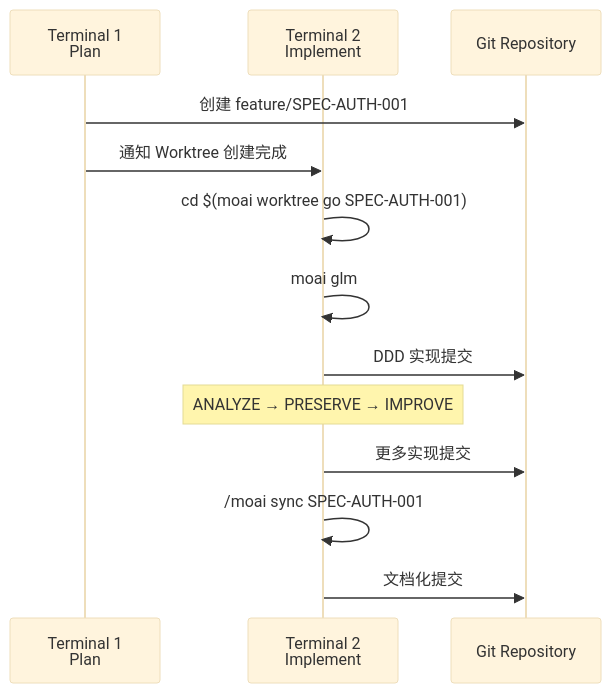
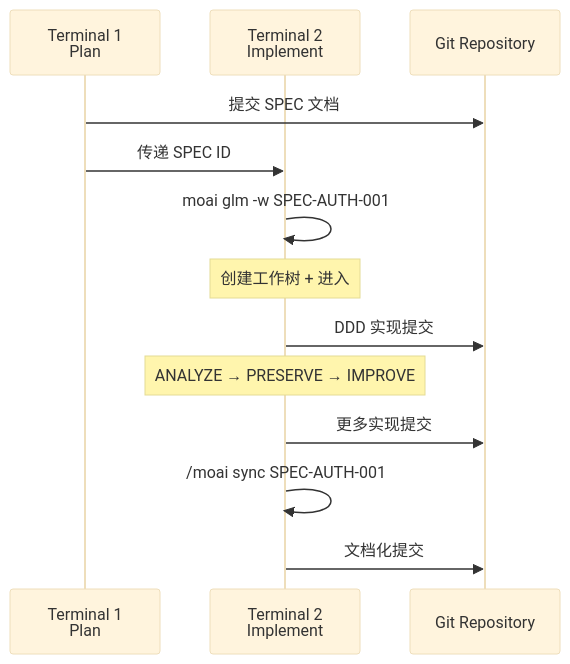
One commit to modu-ai/moai-adk changed the fifth of 9 diagrams in docs-site/content/zh/worktree/guide.md. Above: the diagram before and after it, drawn with Mermaid (base theme). The commit also changed other lines of this file and 35 other files, not shown here.

````diff
--- a/docs-site/content/zh/worktree/guide.md
+++ b/docs-site/content/zh/worktree/guide.md
@@ -491,18 +419,18 @@
 ```mermaid
 sequenceDiagram
     participant T1 as Terminal 1<br/>Plan
     participant T2 as Terminal 2<br/>Implement
     participant Git as Git Repository
 
-    T1->>Git: 创建 feature/SPEC-AUTH-001
-    T1->>T2: 通知 Worktree 创建完成
+    T1->>Git: 提交 SPEC 文档
+    T1->>T2: 传递 SPEC ID
 
-    T2->>T2: cd $(moai worktree go SPEC-AUTH-001)
-    T2->>T2: moai glm
+    T2->>T2: moai glm -w SPEC-AUTH-001
+    Note over T2: 创建工作树 + 进入
     T2->>Git: DDD 实现提交
     Note over T2: ANALYZE → PRESERVE → IMPROVE
 
     T2->>Git: 更多实现提交
     T2->>T2: /moai sync SPEC-AUTH-001
     T2->>Git: 文档化提交
 ```
````
